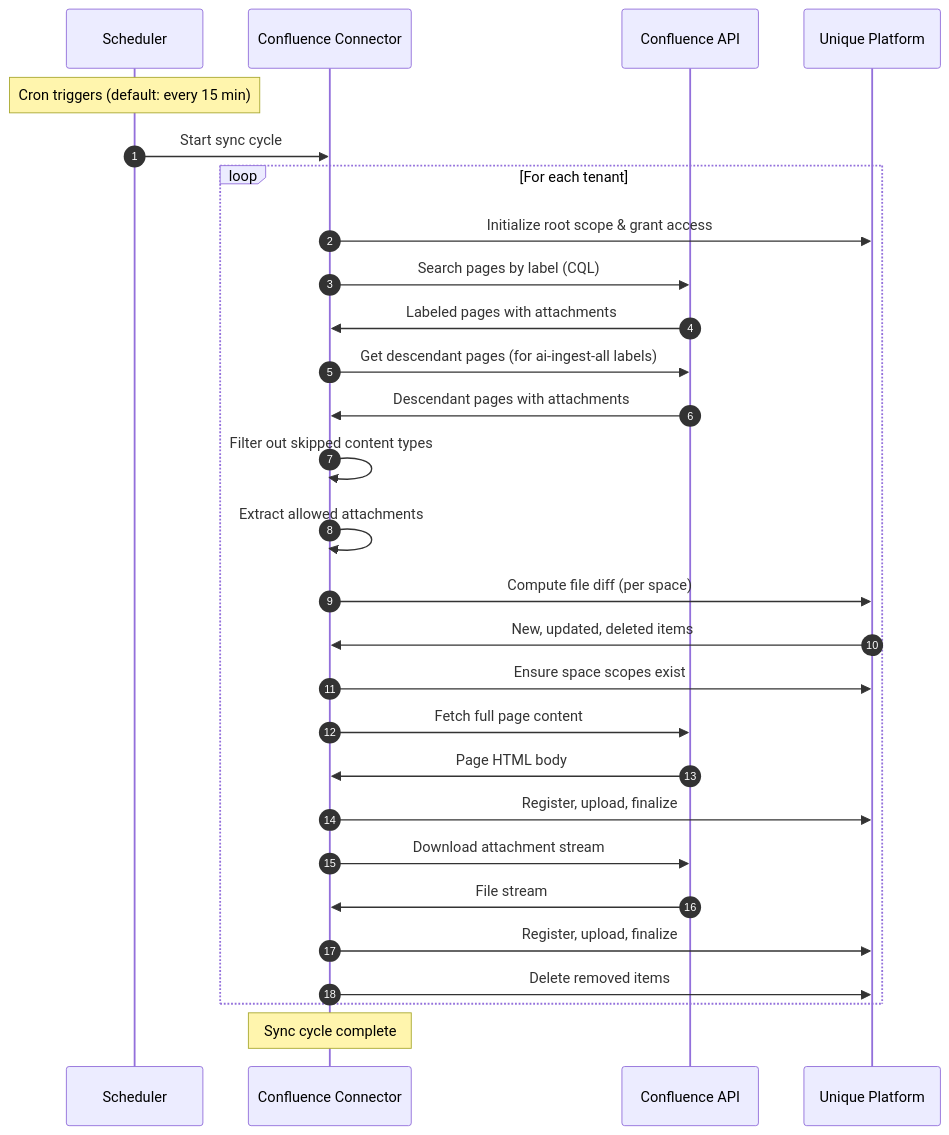
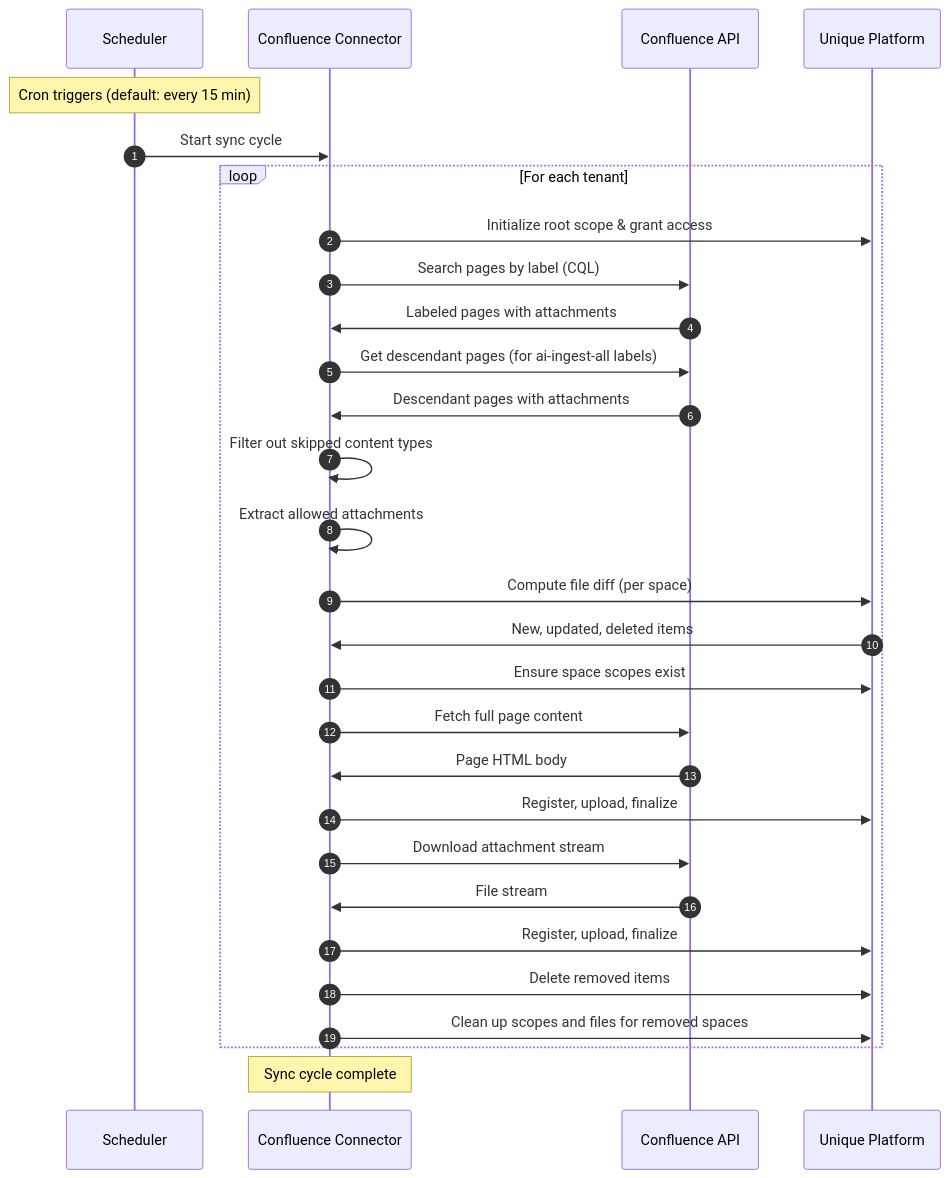
The second of 2 diagrams in services/confluence-connector/docs/README.md (Unique-AG/connectors), drawn with Mermaid before and after one commit. The commit also changed other lines of this file and 2 other files, not shown here.

First line of the commit message:
docs(confluence-connector): document end-of-cycle removed space cleanup

````diff
--- a/services/confluence-connector/docs/README.md
+++ b/services/confluence-connector/docs/README.md
@@ -157,41 +159,42 @@
 ```mermaid
 sequenceDiagram
     autonumber
     participant Scheduler
     participant Connector as Confluence Connector
     participant Confluence as Confluence API
     participant Unique as Unique Platform
 
     Note over Scheduler: Cron triggers (default: every 15 min)
     Scheduler->>Connector: Start sync cycle
 
     loop For each tenant
         Connector->>Unique: Initialize root scope & grant access
 
         Connector->>Confluence: Search pages by label (CQL)
         Confluence->>Connector: Labeled pages with attachments
 
         Connector->>Confluence: Get descendant pages (for ai-ingest-all labels)
         Confluence->>Connector: Descendant pages with attachments
 
         Connector->>Connector: Filter out skipped content types
         Connector->>Connector: Extract allowed attachments
 
         Connector->>Unique: Compute file diff (per space)
         Unique->>Connector: New, updated, deleted items
 
         Connector->>Unique: Ensure space scopes exist
 
         Connector->>Confluence: Fetch full page content
         Confluence->>Connector: Page HTML body
         Connector->>Unique: Register, upload, finalize
 
         Connector->>Confluence: Download attachment stream
         Confluence->>Connector: File stream
         Connector->>Unique: Register, upload, finalize
 
         Connector->>Unique: Delete removed items
+        Connector->>Unique: Clean up scopes and files for removed spaces
     end
 
     Note over Connector: Sync cycle complete
 ```
````
